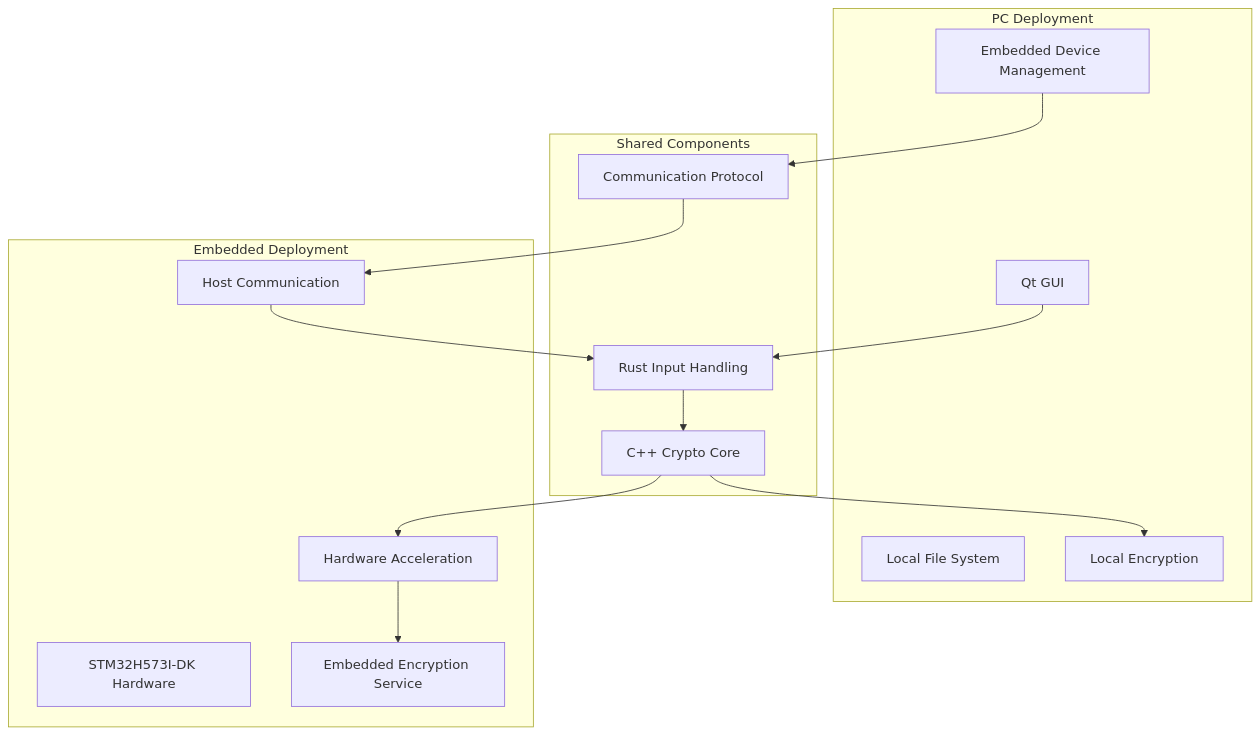
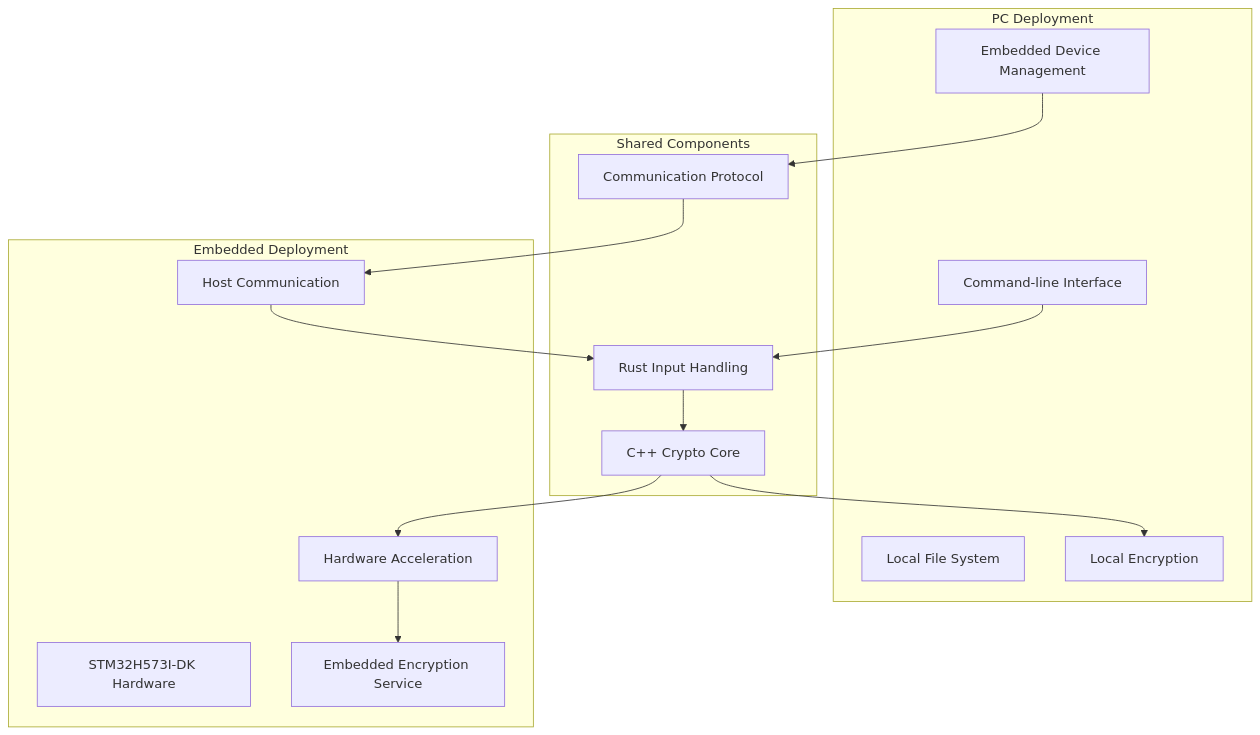
The second of 7 diagrams in Documentation/CRUSTY-Core_System_Design.md (shahern004/CRUSTy-Core), drawn with Mermaid before and after one commit. The commit also changed other lines of this file, not shown here.

Commit message:
Update system design document to focus on command-line interface instead of Qt GUI

````diff
--- a/Documentation/CRUSTY-Core_System_Design.md
+++ b/Documentation/CRUSTY-Core_System_Design.md
@@ -56,32 +56,32 @@
 ```mermaid
 graph TD
     subgraph "PC Deployment"
-        A1[Qt GUI]
+        A1[Command-line Interface]
         B1[Local File System]
         C1[Local Encryption]
         D1[Embedded Device Management]
     end
     
     subgraph "Embedded Deployment"
         A2[STM32H573I-DK Hardware]
         B2[Hardware Acceleration]
         C2[Host Communication]
         D2[Embedded Encryption Service]
     end
     
     subgraph "Shared Components"
         E1[Rust Input Handling]
         F1[C++ Crypto Core]
         G1[Communication Protocol]
     end
     
     A1 --> E1
     E1 --> F1
     F1 --> C1
     D1 --> G1
     
     C2 --> E1
     F1 --> B2
     G1 --> C2
     B2 --> D2
 ```
````
